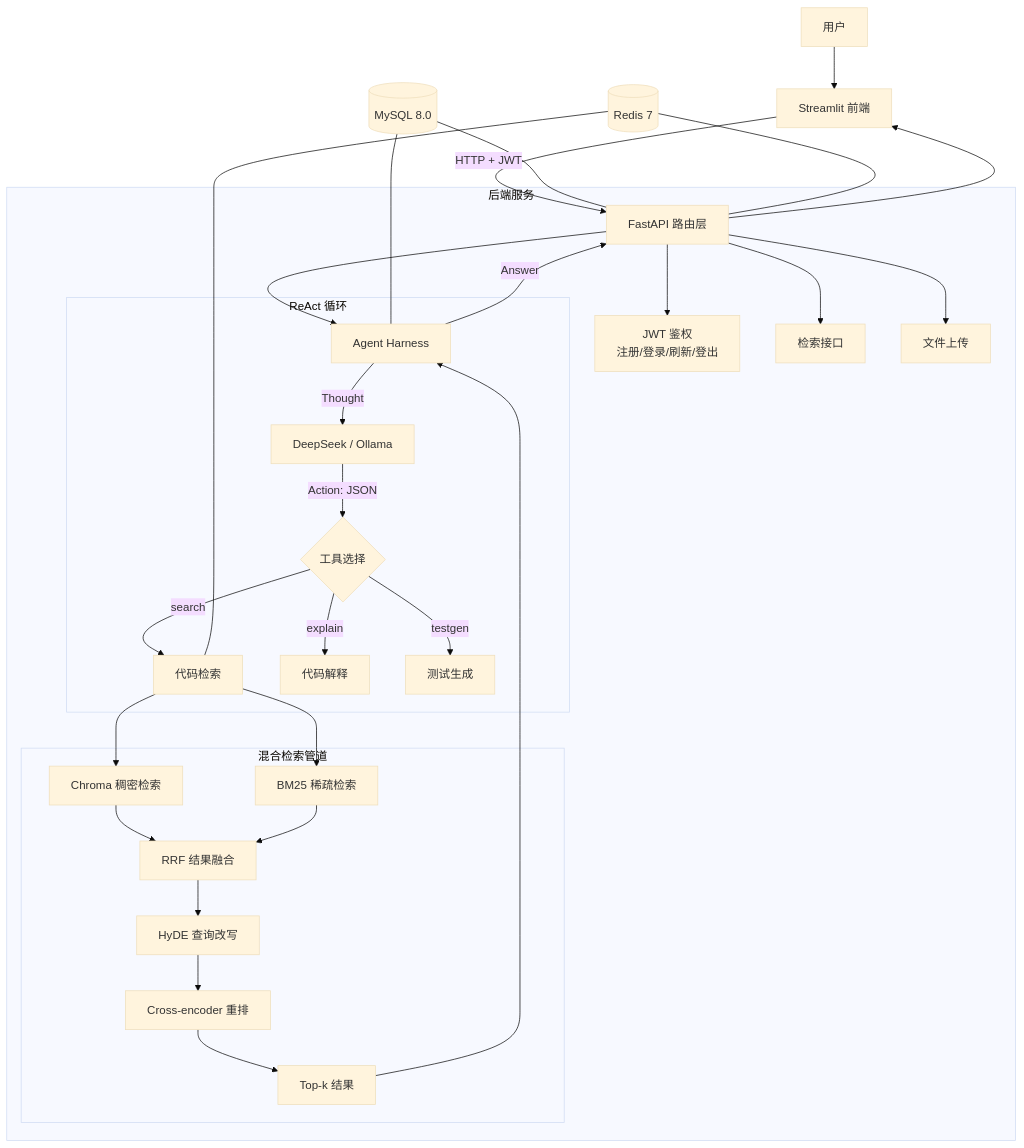
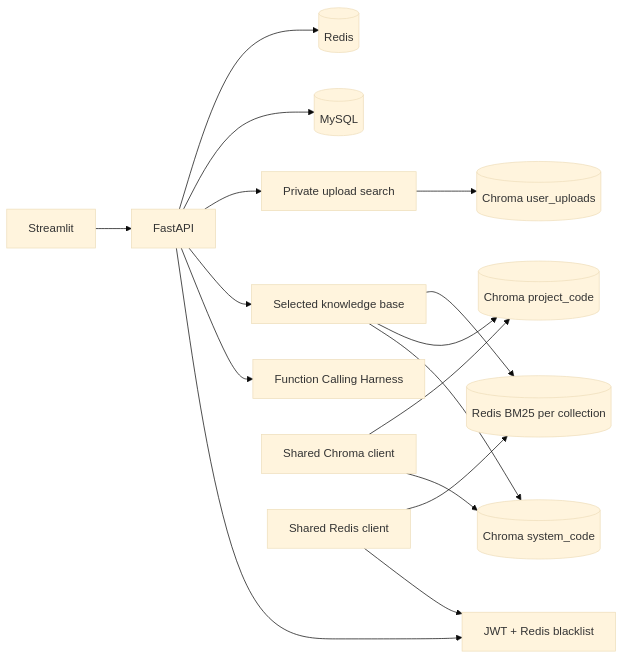
One commit to JAY-mike/code-assistant-agent changed the diagram in README.md. Above: the diagram before and after it, drawn with Mermaid (base theme). The commit also changed other lines of this file and 50 other files, not shown here.

Commit message:
feat: harden RAG agent experience and evaluation

````diff
--- a/README.md
+++ b/README.md
@@ -16,39 +17,20 @@
 ```mermaid
-flowchart TD
-    User[用户] --> Frontend[Streamlit 前端]
-    Frontend -->|HTTP + JWT| API[FastAPI 路由层]
+flowchart LR
+    UI[Streamlit] --> API[FastAPI]
+    API --> Auth[JWT + Redis blacklist]
+    API --> Agent[Function Calling Harness]
+    API --> Search[Selected knowledge base]
+    API --> Upload[Private upload search]
 
-    subgraph Backend[后端服务]
-        API --> Auth[JWT 鉴权<br>注册/登录/刷新/登出]
-        API --> Agent[Agent Harness]
-        API --> SearchAPI[检索接口]
-        API --> Upload[文件上传]
+    Search --> TinyDB[(Chroma system_code)]
+    Search --> Project[(Chroma project_code)]
+    Search --> BM25[(Redis BM25 per collection)]
+    Upload --> Uploads[(Chroma user_uploads)]
+    API --> MySQL[(MySQL)]
+    API --> Redis[(Redis)]
 
-        subgraph AgentLoop[ReAct 循环]
-            Agent --> |Thought| LLM[DeepSeek / Ollama]
-            LLM --> |Action: JSON| Tools{工具选择}
-            Tools -->|search| Search[代码检索]
-            Tools -->|explain| Explain[代码解释]
-            Tools -->|testgen| TestGen[测试生成]
-        end
-
-        subgraph RAG[混合检索管道]
-            Search --> Dense[Chroma 稠密检索]
-            Search --> Sparse[BM25 稀疏检索]
-            Dense --> RRF[RRF 结果融合]
-            Sparse --> RRF
-            RRF --> Rewrite[HyDE 查询改写]
-            Rewrite --> Rerank[Cross-encoder 重排]
-            Rerank --> Result[Top-k 结果]
-        end
-    end
-
-    MySQL[(MySQL 8.0)] --- API
-    MySQL --- Agent
-    Redis[(Redis 7)] --- API
-    Redis --- Search
-
-    Result --> Agent
-    Agent --> |Answer| API
-    API --> Frontend
+    ChromaClient[Shared Chroma client] --> TinyDB
+    ChromaClient --> Project
+    RedisClient[Shared Redis client] --> Auth
+    RedisClient --> BM25
 ```
````
